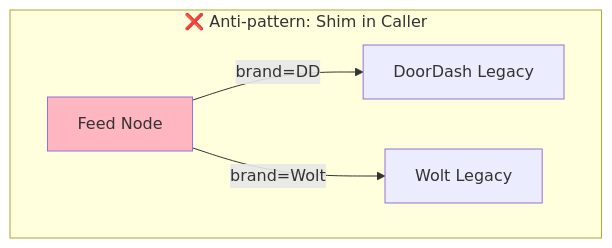
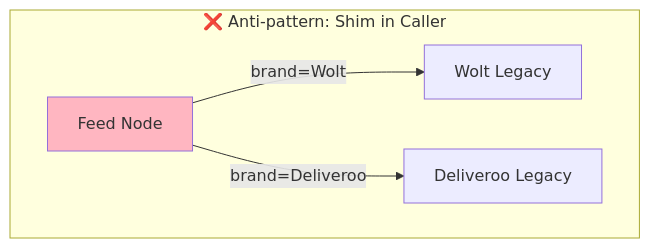
Before and after one commit to zhengli-sun/docs: the first of 4 diagrams in shim/shim-design-principles.md, drawn with Mermaid. The commit also changed other lines of this file, not shown here.

````diff
--- a/shim/shim-design-principles.md
+++ b/shim/shim-design-principles.md
@@ -48,9 +48,9 @@
 ```mermaid
 flowchart TB
     subgraph "❌ Anti-pattern: Shim in Caller"
-        F1[Feed Node] -->|"brand=DD"| DD1[DoorDash Legacy]
-        F1 -->|"brand=Wolt"| W1[Wolt Legacy]
+        F1[Feed Node] -->|"brand=Wolt"| DD1[Wolt Legacy]
+        F1 -->|"brand=Deliveroo"| W1[Deliveroo Legacy]
         
         style F1 fill:#FFB6C1
     end
 ```
````
